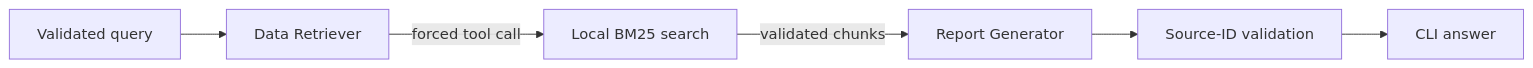
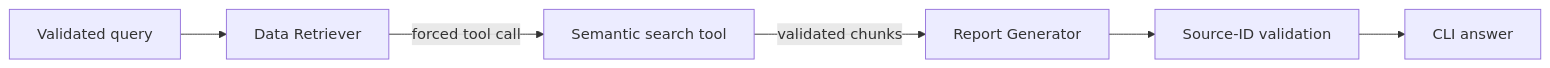
The diagram in README.md (JettawatV/ai_engineer_test), drawn with Mermaid before and after one commit. The commit also changed other lines of this file and 13 other files, not shown here.

Commit message:
Update knowledge base and retrieval system to support semantic search. Added embedding model configuration and improved job description in knowledge base. Adjusted retrieval scoring thresholds and updated README for clarity.

````diff
--- a/README.md
+++ b/README.md
@@ -18,8 +26,8 @@
 ```mermaid
 flowchart LR
     Q[Validated query] --> D[Data Retriever]
-    D -->|forced tool call| B[Local BM25 search]
+    D -->|forced tool call| B[Semantic search tool]
     B -->|validated chunks| R[Report Generator]
     R --> V[Source-ID validation]
     V --> A[CLI answer]
 ```
````
